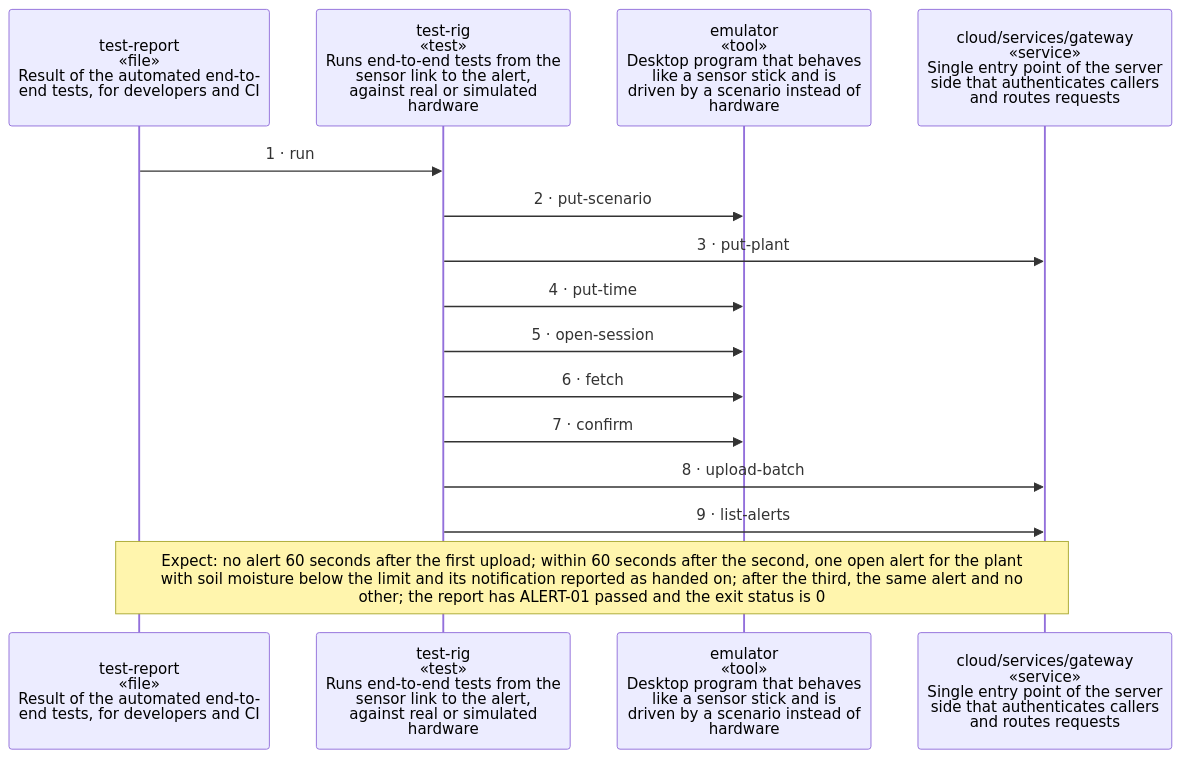
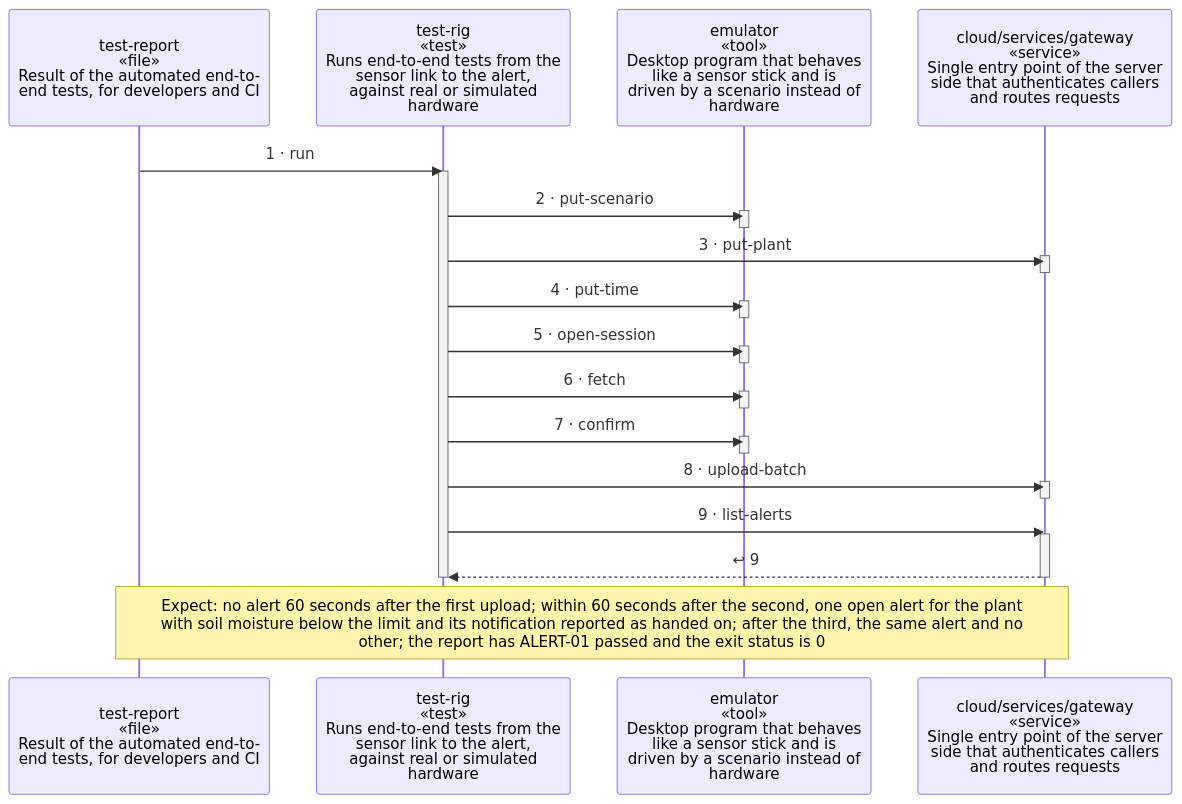
One commit to wackazong/unifold changed the diagram in examples/plantwatch/docs/diagrams/scenario-end-to-end-alert-test.md. Above: the diagram before and after it, drawn with Mermaid. The commit also changed other lines of this file and 25 other files, not shown here.

````diff
--- a/examples/plantwatch/docs/diagrams/scenario-end-to-end-alert-test.md
+++ b/examples/plantwatch/docs/diagrams/scenario-end-to-end-alert-test.md
@@ -12,22 +12,41 @@
 ```mermaid
 ---
 config:
   sequence:
     height: 124
 ---
 sequenceDiagram
   participant ptest_dreport as test-report<br/>«file»<br/>Result of the automated end-to-<br/>end tests, for developers and CI
   participant ptest_drig as test-rig<br/>«test»<br/>Runs end-to-end tests from the<br/>sensor link to the alert,<br/>against real or simulated<br/>hardware
   participant pemulator as emulator<br/>«tool»<br/>Desktop program that behaves<br/>like a sensor stick and is<br/>driven by a scenario instead of<br/>hardware
   participant pcloud__services__gateway as cloud/services/gateway<br/>«service»<br/>Single entry point of the server<br/>side that authenticates callers<br/>and routes requests
   ptest_dreport->>ptest_drig: 1 · run
+  activate ptest_drig
   ptest_drig->>pemulator: 2 · put-scenario
+  activate pemulator
+  deactivate pemulator
   ptest_drig->>pcloud__services__gateway: 3 · put-plant
+  activate pcloud__services__gateway
+  deactivate pcloud__services__gateway
   ptest_drig->>pemulator: 4 · put-time
+  activate pemulator
+  deactivate pemulator
   ptest_drig->>pemulator: 5 · open-session
+  activate pemulator
+  deactivate pemulator
   ptest_drig->>pemulator: 6 · fetch
+  activate pemulator
+  deactivate pemulator
   ptest_drig->>pemulator: 7 · confirm
+  activate pemulator
+  deactivate pemulator
   ptest_drig->>pcloud__services__gateway: 8 · upload-batch
+  activate pcloud__services__gateway
+  deactivate pcloud__services__gateway
   ptest_drig->>pcloud__services__gateway: 9 · list-alerts
+  activate pcloud__services__gateway
+  pcloud__services__gateway-->>ptest_drig: ↩ 9
+  deactivate pcloud__services__gateway
+  deactivate ptest_drig
   Note over ptest_dreport,pcloud__services__gateway: wrap: Expect: no alert 60 seconds after the first upload#59; within 60 seconds after the second, one open alert for the plant with soil moisture below the limit and its notification reported as handed on#59; after the third, the same alert and no other#59; the report has ALERT-01 passed and the exit status is 0
 ```
````
